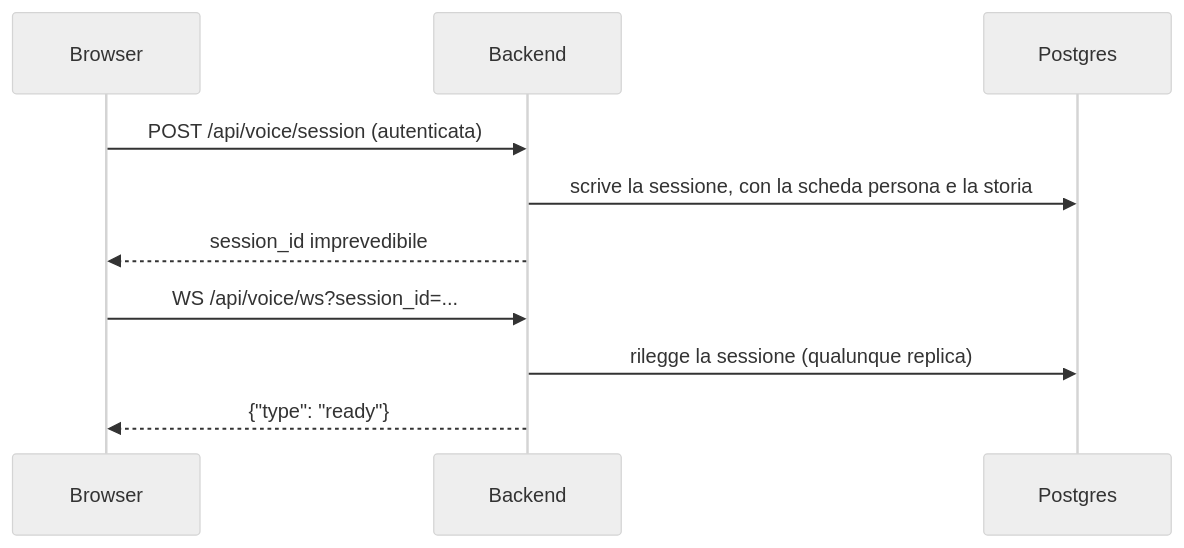
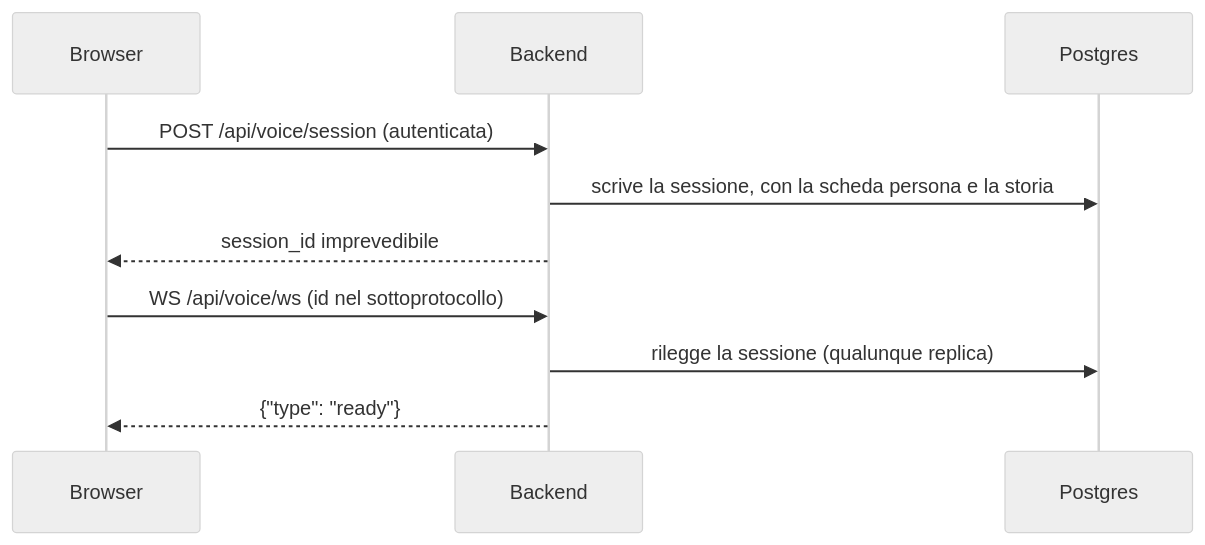
Before and after one commit to DavideZanellato99/SkillLab: the second of 2 diagrams in docs/comunicazione-frontend-backend.md, drawn with Mermaid (neutral theme). The commit also changed other lines of this file and 20 other files, not shown here.

````diff
--- a/docs/comunicazione-frontend-backend.md
+++ b/docs/comunicazione-frontend-backend.md
@@ -121,13 +121,13 @@
 ```mermaid
 sequenceDiagram
     participant B as Browser
     participant A as Backend
     participant D as Postgres
 
     B->>A: POST /api/voice/session (autenticata)
     A->>D: scrive la sessione, con la scheda persona e la storia
     A-->>B: session_id imprevedibile
-    B->>A: WS /api/voice/ws?session_id=...
+    B->>A: WS /api/voice/ws (id nel sottoprotocollo)
     A->>D: rilegge la sessione (qualunque replica)
     A-->>B: {"type": "ready"}
 ```
````
